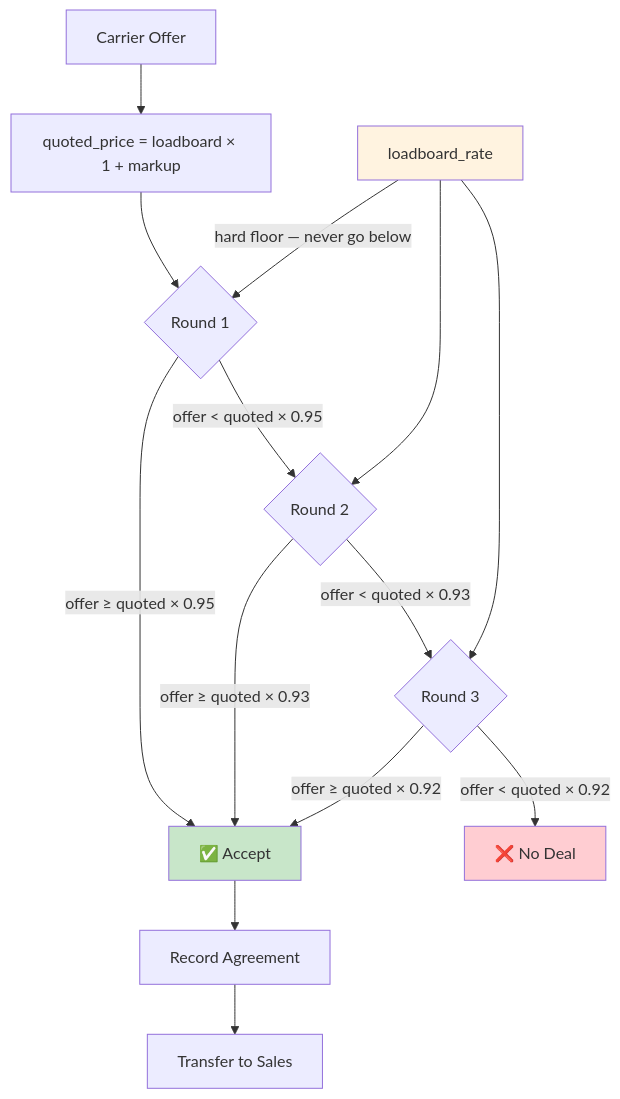
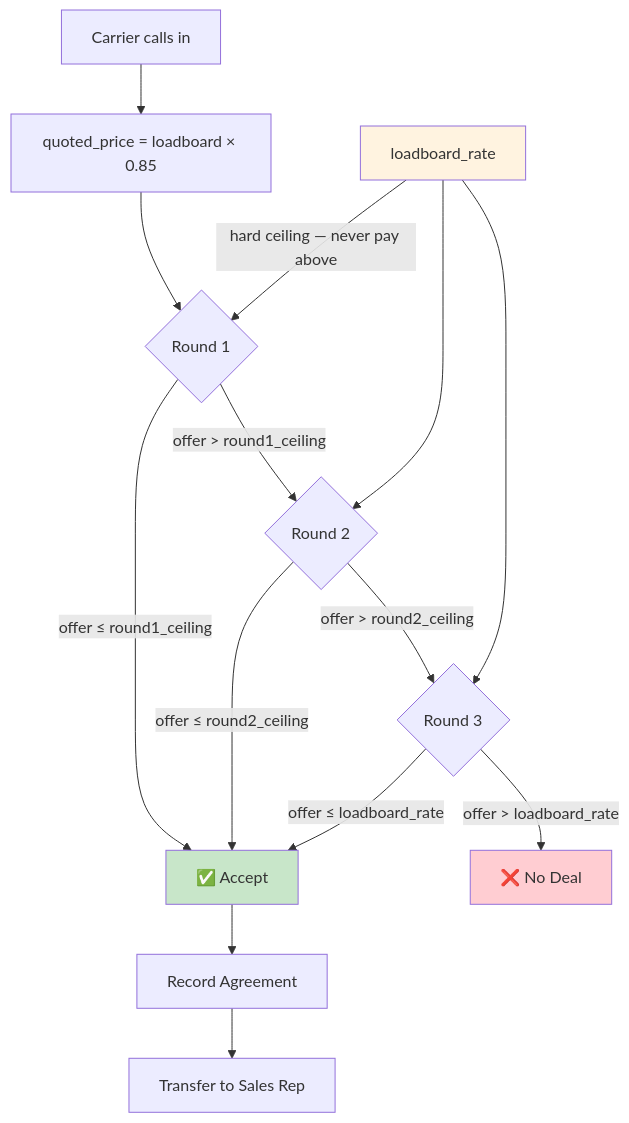
The ninth of 13 diagrams in README.md (miguelpalospou/happy-robot-challenge), drawn with Mermaid before and after one commit. The commit also changed other lines of this file, not shown here.

````diff
--- a/README.md
+++ b/README.md
@@ -475,22 +490,22 @@
 ```mermaid
 flowchart TD
-    A[Carrier Offer] --> B[quoted_price = loadboard × 1 + markup]
+    A[Carrier calls in] --> B[quoted_price = loadboard × 0.85]
     B --> C{Round 1}
-    C -->|offer ≥ quoted × 0.95| D[✅ Accept]
-    C -->|offer < quoted × 0.95| E{Round 2}
-    E -->|offer ≥ quoted × 0.93| D
-    E -->|offer < quoted × 0.93| F{Round 3}
-    F -->|offer ≥ quoted × 0.92| D
-    F -->|offer < quoted × 0.92| G[❌ No Deal]
+    C -->|offer ≤ round1_ceiling| D[✅ Accept]
+    C -->|offer > round1_ceiling| E{Round 2}
+    E -->|offer ≤ round2_ceiling| D
+    E -->|offer > round2_ceiling| F{Round 3}
+    F -->|offer ≤ loadboard_rate| D
+    F -->|offer > loadboard_rate| G[❌ No Deal]
 
     D --> H[Record Agreement]
-    H --> I[Transfer to Sales]
+    H --> I[Transfer to Sales Rep]
 
-    J[loadboard_rate] -->|hard floor — never go below| C
+    J[loadboard_rate] -->|hard ceiling — never pay above| C
     J --> E
     J --> F
 
     style D fill:#c8e6c9
     style G fill:#ffcdd2
     style J fill:#fff3e0
 ```
````
